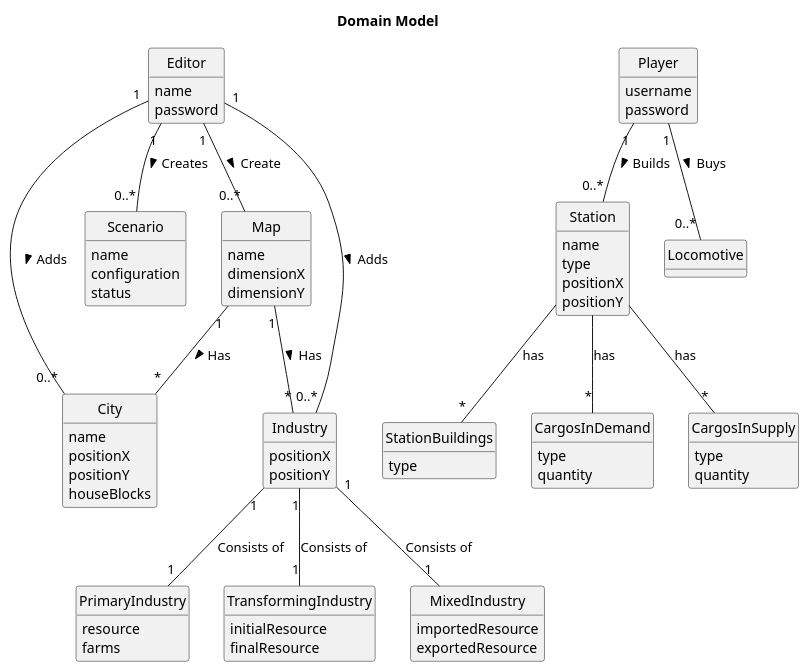
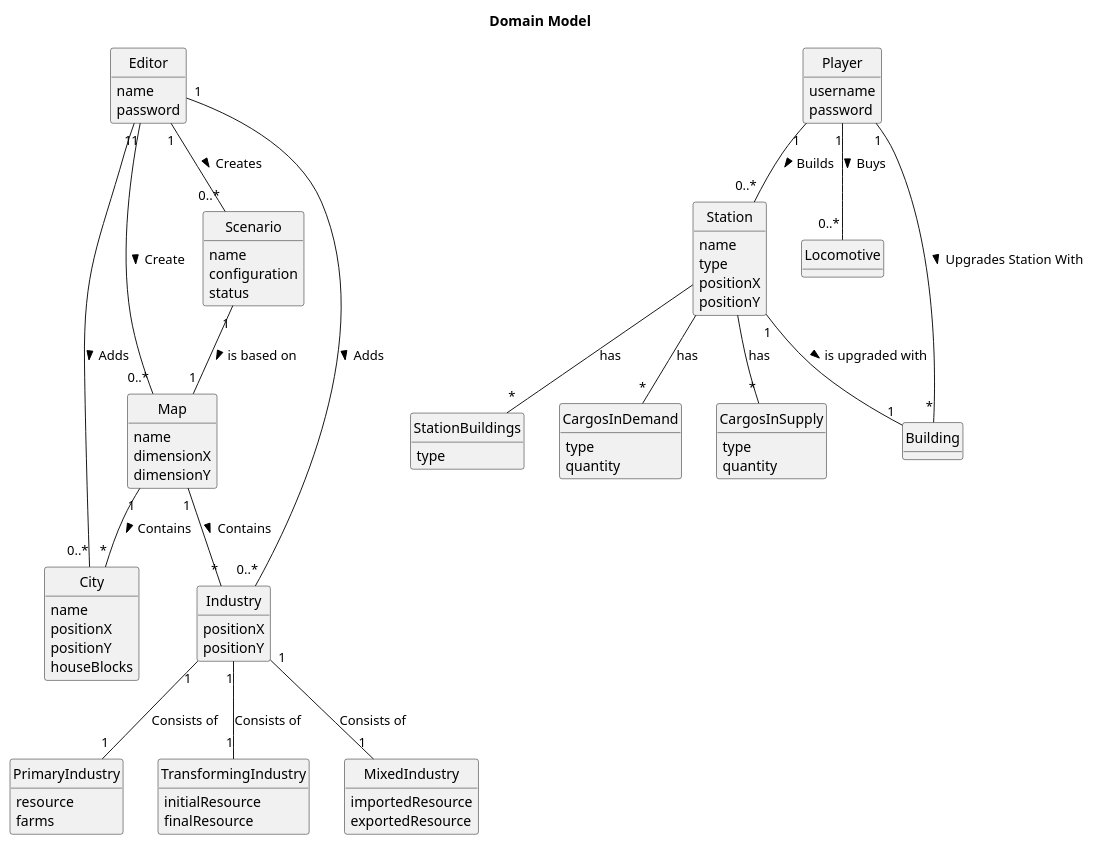
The diagram in docs/system-documentation/global-artifacts/02.analysis/puml/DM.puml (bruno-monteiro5/sem2-pi-24.25-g132-repo), drawn with PlantUML before and after one commit.

Commit message:
DM updated (Building)

```diff
--- a/docs/system-documentation/global-artifacts/02.analysis/puml/DM.puml
+++ b/docs/system-documentation/global-artifacts/02.analysis/puml/DM.puml
@@ -1,105 +1,113 @@
 @startuml
 skinparam monochrome true
 skinparam packageStyle rectangle
 skinparam shadowing false
 'skinparam linetype ortho
 'left to right direction
 skinparam classAttributeIconSize 0
 hide circle
 hide methods
 title Domain Model
 
 class Editor {
 name
 password
 }
 
 class Map {
 name
 dimensionX
 dimensionY
  }
 
 class Scenario {
 name
 configuration
 status
 }
 
 
 class City {
 name
 positionX
 positionY
 houseBlocks
 }
 
 class Industry {
 positionX
 positionY
 }
 
 class PrimaryIndustry {
     resource
     farms
 }
 
 class TransformingIndustry {
     initialResource
     finalResource
 }
 
 class MixedIndustry {
     importedResource
     exportedResource
 }
 
 class Player {
     username
     password
 }
 
 class Station {
     name
     type
     positionX
     positionY
 }
 
 class StationBuildings {
     type
 }
 class CargosInDemand {
     type
     quantity
 }
 class CargosInSupply {
     type
     quantity
 }
 
 class Locomotive {
 }
 
+class Building {
+
+}
+
 
 
 Editor "1" -- "0..*" Map : Create >
 Editor "1" -- "0..*" Industry : Adds >
 Editor "1" -- "0..*" City : Adds >
 Editor "1" -- "0..*" Scenario : Creates >
 
-Map "1" -- "*" Industry : Has >
-Map "1" -- "*" City : Has >
+Map "1" -- "*" Industry : Contains >
+Map "1" -- "*" City : Contains >
+
+Scenario "1" -- "1" Map : is based on >
 
 Industry "1" -- "1" PrimaryIndustry : Consists of
 Industry "1" -- "1" TransformingIndustry : Consists of
 Industry "1" -- "1" MixedIndustry : Consists of
 
 Player "1" -- "0..*" Station : Builds >
 Player "1" -- "0..*" Locomotive : Buys >
+Player "1" -- "*"  Building : Upgrades Station With >
 
 Station -- "*" StationBuildings : has
 Station -- "*" CargosInDemand : has
 Station -- "*" CargosInSupply : has
+Station "1" -- "1" Building : is upgraded with >
 
 @enduml
```
